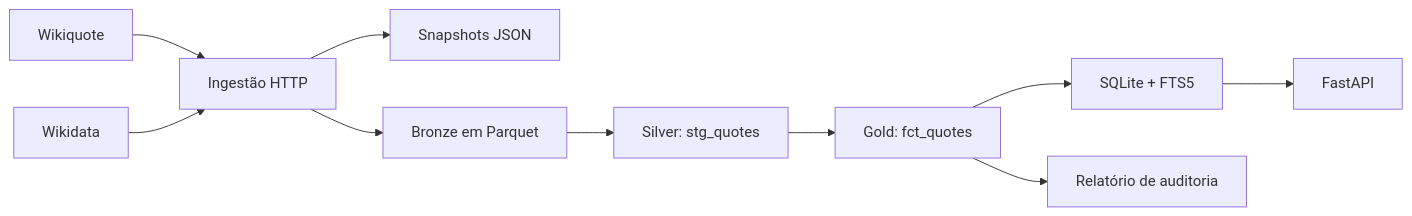
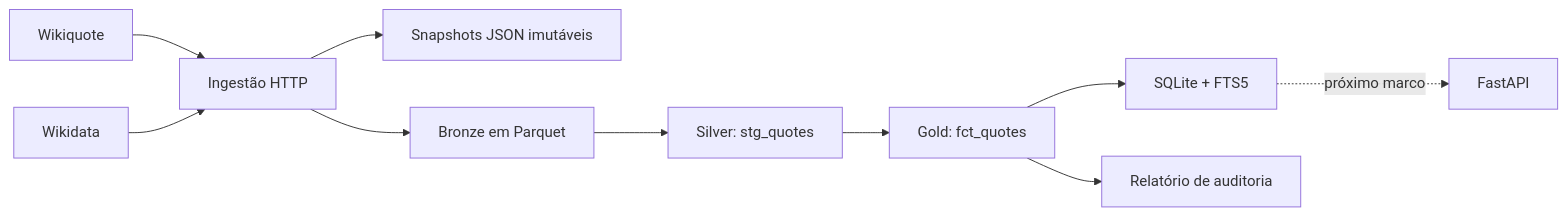
The diagram in docs/DATA_PIPELINE.md (leonardo-michelotti/sisyphus-api), drawn with Mermaid before and after one commit. The commit also changed other lines of this file and 7 other files, not shown here.

````diff
--- a/docs/DATA_PIPELINE.md
+++ b/docs/DATA_PIPELINE.md
@@ -17,12 +17,12 @@
 ```mermaid
 flowchart LR
     WQ[Wikiquote] --> ING[Ingestão HTTP]
     WD[Wikidata] --> ING
-    ING --> RAW[Snapshots JSON]
+    ING --> RAW[Snapshots JSON imutáveis]
     ING --> BR[Bronze em Parquet]
     BR --> STG[Silver: stg_quotes]
     STG --> GOLD[Gold: fct_quotes]
     GOLD --> DB[SQLite + FTS5]
     GOLD --> QA[Relatório de auditoria]
-    DB --> API[FastAPI]
+    DB -. próximo marco .-> API[FastAPI]
 ```
````
